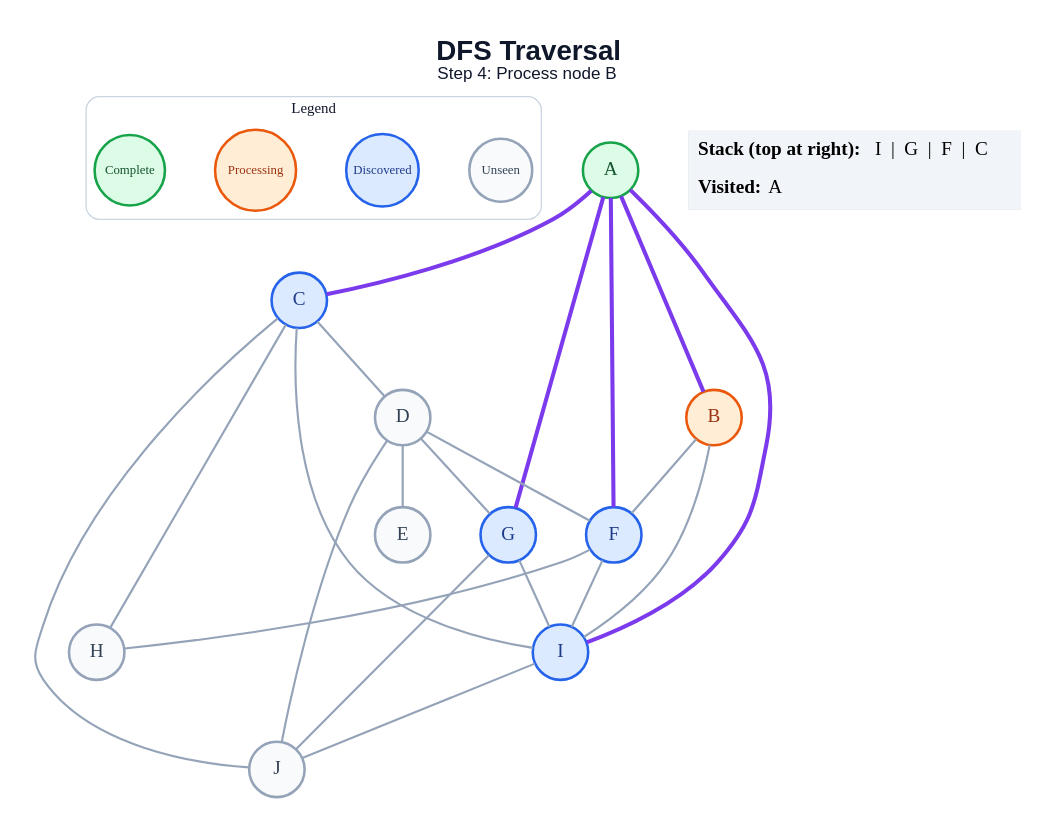
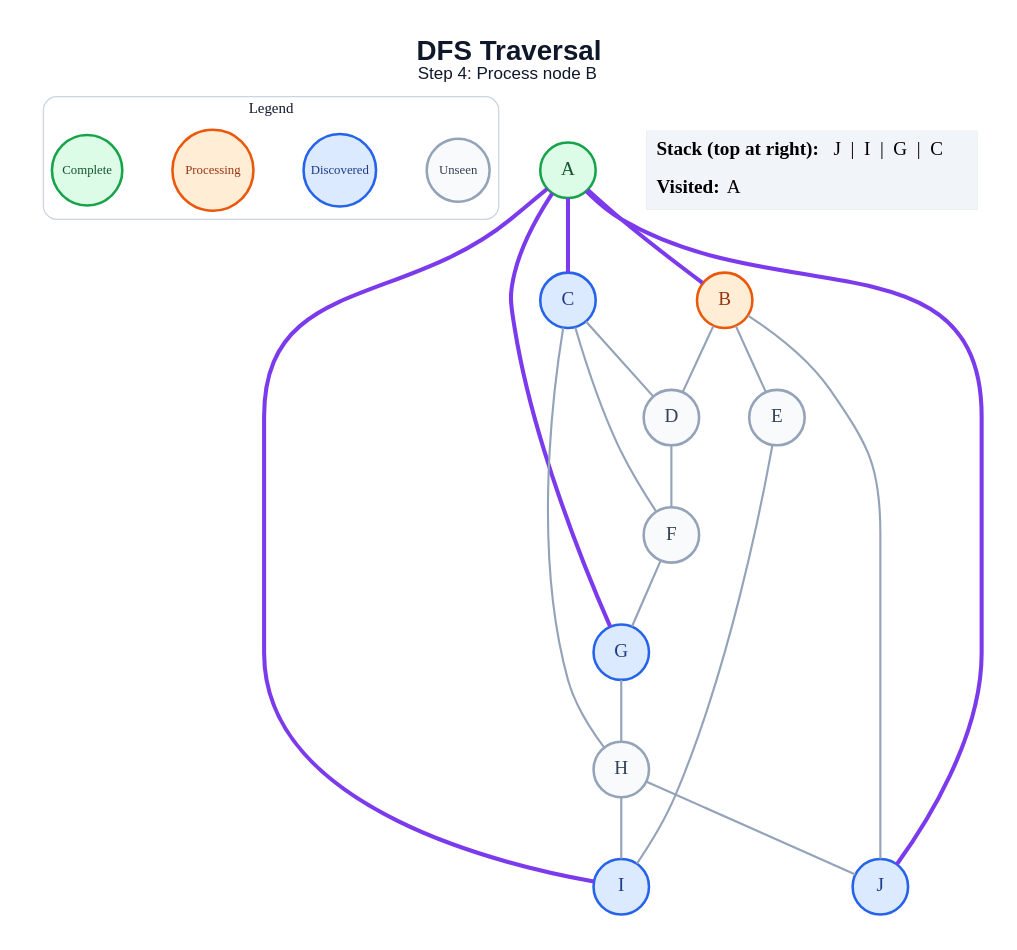
The diagram in generated/dfs/step_04.dot (amanghodawala9/ai-slop), drawn with Graphviz before and after one commit. The commit also changed 178 other files, not shown here.

```diff
--- a/generated/dfs/step_04.dot
+++ b/generated/dfs/step_04.dot
@@ -1,49 +1,46 @@
 graph traversal {
   graph [layout=dot, rankdir=TB, bgcolor="#FFFFFF", pad="0.35", nodesep="0.65", ranksep="0.8", fontname="Arial"];
   node [shape=circle, style="filled", fontname="Arial Bold", fontsize=18, width=0.72, fixedsize=true, penwidth=2.4];
   edge [color="#94A3B8", penwidth=2.0];
   label=<<B>DFS Traversal</B><BR/><FONT POINT-SIZE="16">Step 4: Process node B</FONT>>; labelloc="t"; fontsize=26; fontname="Arial"; fontcolor="#0F172A";
   subgraph cluster_legend { label="Legend"; color="#CBD5E1"; penwidth=1.2; style="rounded"; fontsize=14; fontname="Arial Bold";
     key_unseen [label="Unseen", fillcolor="#F8FAFC", color="#94A3B8", fontcolor="#334155", fontsize=12, width=0.82];
     key_frontier [label="Discovered", fillcolor="#DBEAFE", color="#2563EB", fontcolor="#1E3A8A", fontsize=12, width=0.95];
     key_current [label="Processing", fillcolor="#FFEDD5", color="#EA580C", fontcolor="#9A3412", fontsize=12, width=1.05];
     key_done [label="Complete", fillcolor="#DCFCE7", color="#16A34A", fontcolor="#14532D", fontsize=12, width=0.92];
     { rank=same; key_unseen; key_frontier; key_current; key_done; }
   }
   A [fillcolor="#DCFCE7", color="#16A34A", fontcolor="#14532D"];
   B [fillcolor="#FFEDD5", color="#EA580C", fontcolor="#9A3412"];
   C [fillcolor="#DBEAFE", color="#2563EB", fontcolor="#1E3A8A"];
   D [fillcolor="#F8FAFC", color="#94A3B8", fontcolor="#334155"];
   E [fillcolor="#F8FAFC", color="#94A3B8", fontcolor="#334155"];
-  F [fillcolor="#DBEAFE", color="#2563EB", fontcolor="#1E3A8A"];
+  F [fillcolor="#F8FAFC", color="#94A3B8", fontcolor="#334155"];
   G [fillcolor="#DBEAFE", color="#2563EB", fontcolor="#1E3A8A"];
   H [fillcolor="#F8FAFC", color="#94A3B8", fontcolor="#334155"];
   I [fillcolor="#DBEAFE", color="#2563EB", fontcolor="#1E3A8A"];
-  J [fillcolor="#F8FAFC", color="#94A3B8", fontcolor="#334155"];
+  J [fillcolor="#DBEAFE", color="#2563EB", fontcolor="#1E3A8A"];
   A -- B [color="#7C3AED", penwidth=3.8];
   A -- C [color="#7C3AED", penwidth=3.8];
-  A -- F [color="#7C3AED", penwidth=3.8];
   A -- G [color="#7C3AED", penwidth=3.8];
   A -- I [color="#7C3AED", penwidth=3.8];
-  B -- F;
-  B -- I;
+  A -- J [color="#7C3AED", penwidth=3.8];
+  B -- D;
+  B -- E;
+  B -- J;
   C -- D;
+  C -- F;
   C -- H;
-  C -- I;
-  C -- J;
-  D -- E;
   D -- F;
-  D -- G;
-  D -- J;
-  F -- H;
-  F -- I;
-  G -- I;
-  G -- J;
-  I -- J;
+  E -- I;
+  F -- G;
+  G -- H;
+  H -- I;
+  H -- J;
   status [shape=plain, fixedsize=false, width=0, height=0, margin=0, label=<
     <TABLE BORDER="0" CELLBORDER="0" CELLPADDING="7" BGCOLOR="#F1F5F9">
-      <TR><TD ALIGN="LEFT"><B>Stack (top at right):</B> I  |  G  |  F  |  C</TD></TR>
+      <TR><TD ALIGN="LEFT"><B>Stack (top at right):</B> J  |  I  |  G  |  C</TD></TR>
       <TR><TD ALIGN="LEFT"><B>Visited:</B> A</TD></TR>
     </TABLE>
   >];
 }
```
